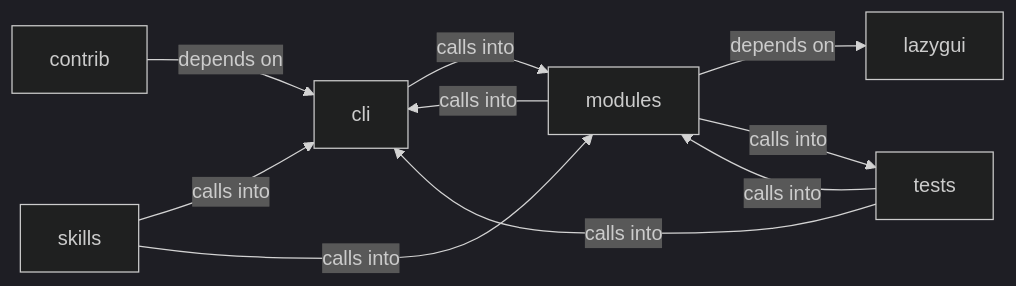
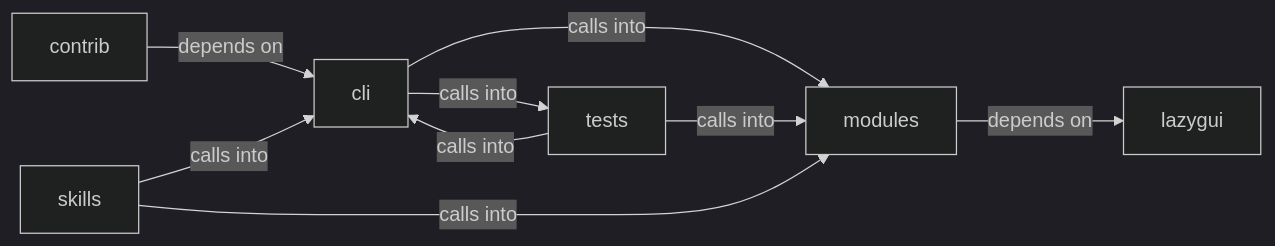
The diagram in readmenator-diagrams/modules_world_model.md (grisuno/LazyOwn), drawn with Mermaid (dark theme) before and after one commit. The commit also changed other lines of this file and 300 other files, not shown here.

````diff
--- a/readmenator-diagrams/modules_world_model.md
+++ b/readmenator-diagrams/modules_world_model.md
@@ -5,18 +5,17 @@
 ```mermaid
 graph LR
     cli["cli"]
     contrib["contrib"]
     lazygui["lazygui"]
     modules["modules"]
     skills["skills"]
     tests["tests"]
     cli -- "calls into" --> modules
+    cli -- "calls into" --> tests
     contrib -- "depends on" --> cli
-    modules -- "calls into" --> cli
     modules -- "depends on" --> lazygui
-    modules -- "calls into" --> tests
     skills -- "calls into" --> cli
     skills -- "calls into" --> modules
     tests -- "calls into" --> cli
     tests -- "calls into" --> modules
 ```
````
